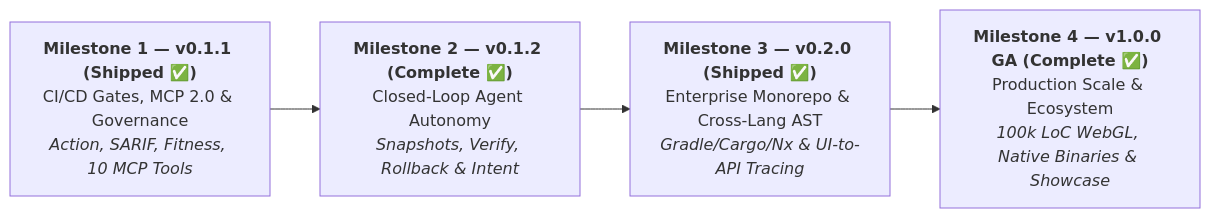
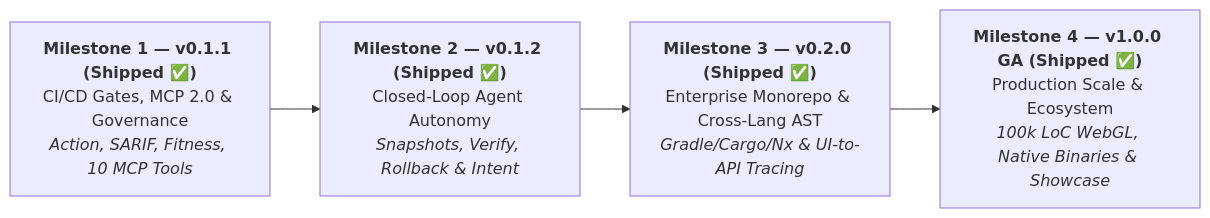
The diagram in ROADMAP.md (fmatar/archlens), drawn with Mermaid before and after one commit. The commit also changed other lines of this file and 27 other files, not shown here.

````diff
--- a/ROADMAP.md
+++ b/ROADMAP.md
@@ -9,9 +9,9 @@
 ```mermaid
 flowchart LR
     M1["<b>Milestone 1 — v0.1.1 (Shipped ✅)</b><br/>CI/CD Gates, MCP 2.0 & Governance<br/><i>Action, SARIF, Fitness, 10 MCP Tools</i>"]
-    M2["<b>Milestone 2 — v0.1.2 (Complete ✅)</b><br/>Closed-Loop Agent Autonomy<br/><i>Snapshots, Verify, Rollback & Intent</i>"]
+    M2["<b>Milestone 2 — v0.1.2 (Shipped ✅)</b><br/>Closed-Loop Agent Autonomy<br/><i>Snapshots, Verify, Rollback & Intent</i>"]
     M3["<b>Milestone 3 — v0.2.0 (Shipped ✅)</b><br/>Enterprise Monorepo & Cross-Lang AST<br/><i>Gradle/Cargo/Nx & UI-to-API Tracing</i>"]
-    M4["<b>Milestone 4 — v1.0.0 GA (Complete ✅)</b><br/>Production Scale & Ecosystem<br/><i>100k LoC WebGL, Native Binaries & Showcase</i>"]
+    M4["<b>Milestone 4 — v1.0.0 GA (Shipped ✅)</b><br/>Production Scale & Ecosystem<br/><i>100k LoC WebGL, Native Binaries & Showcase</i>"]
 
     M1 --> M2 --> M3 --> M4
 ```
````
